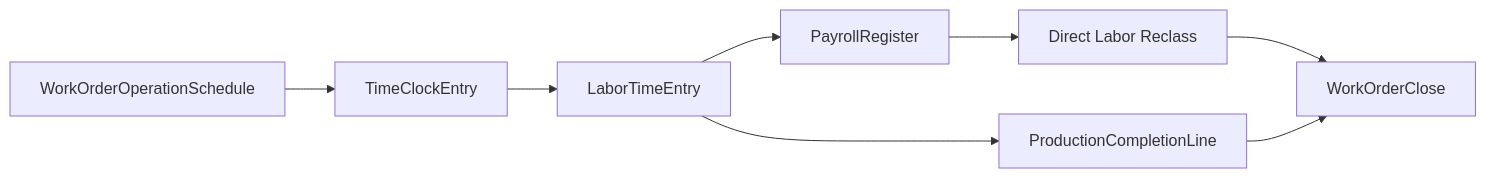
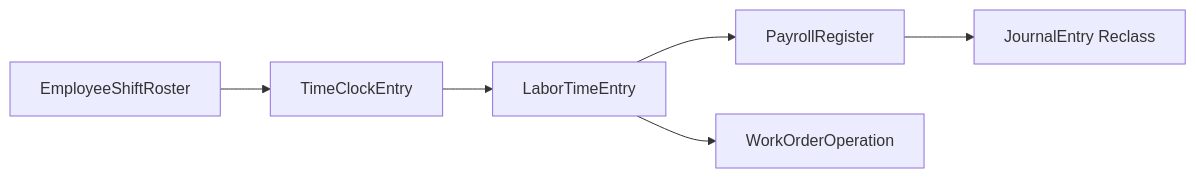
The sixth of 7 diagrams in docs/processes/manufacturing.md (mmcodesso/CharlesRiver_Database), drawn with Mermaid before and after one commit. The commit also changed other lines of this file and 1 other file, not shown here.

````diff
--- a/docs/processes/manufacturing.md
+++ b/docs/processes/manufacturing.md
@@ -250,15 +246,12 @@
 ```mermaid
 flowchart LR
-    WOS[WorkOrderOperationSchedule]
+    ESR[EmployeeShiftRoster]
     TCE[TimeClockEntry]
     LTE[LaborTimeEntry]
     PR[PayrollRegister]
-    DR[Direct Labor Reclass]
-    PC[ProductionCompletionLine]
-    WOC[WorkOrderClose]
+    JE[JournalEntry Reclass]
+    WOO[WorkOrderOperation]
 
-    WOS --> TCE --> LTE --> PR --> DR
-    LTE --> PC
-    DR --> WOC
-    PC --> WOC
+    ESR --> TCE --> LTE --> WOO
+    LTE --> PR --> JE
 ```
````
